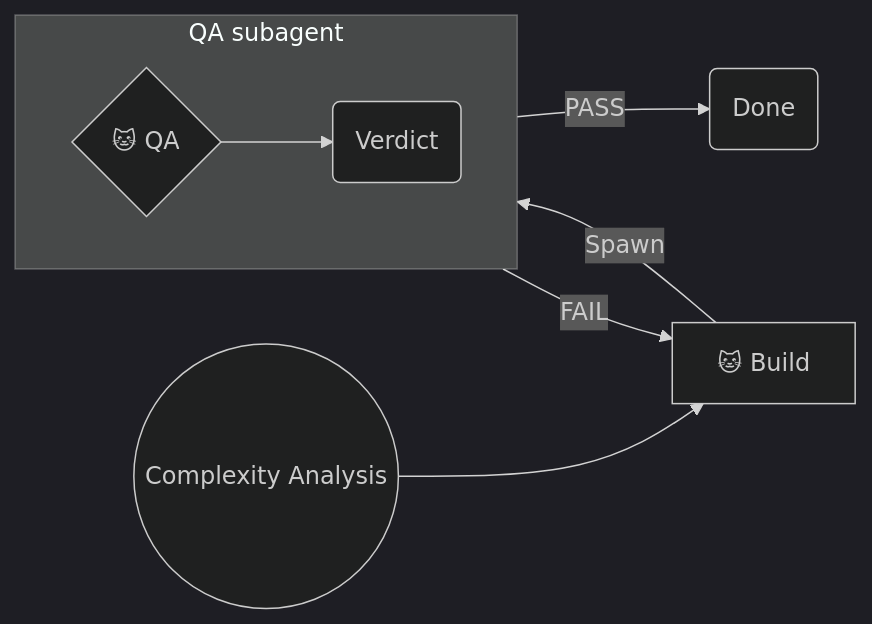
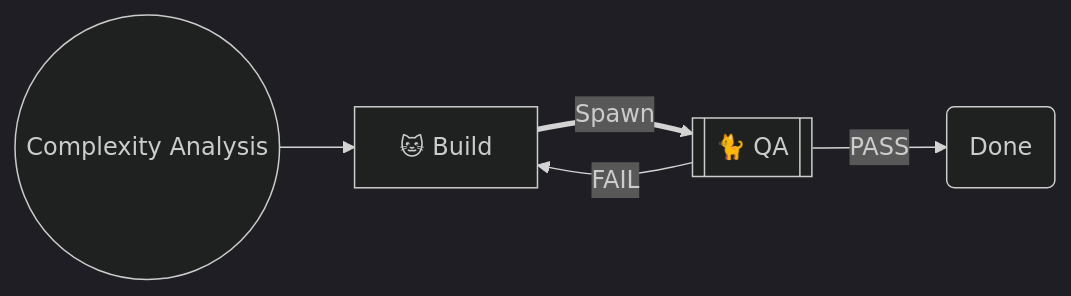
The diagram in .cursor/skills/shared/niko/references/level1/level1-workflow.md (Texarkanine/devblog), drawn with Mermaid (dark theme) before and after one commit. The commit also changed other lines of this file and 5 other files, not shown here.

````diff
--- a/.cursor/skills/shared/niko/references/level1/level1-workflow.md
+++ b/.cursor/skills/shared/niko/references/level1/level1-workflow.md
@@ -9,11 +9,7 @@
 ```mermaid
 graph LR
     Start(("Complexity Analysis")) --> NikoBuild["🐱 Build"]
-    NikoBuild --Spawn--> NikoQA
-    subgraph QASubagent["QA subagent"]
-        direction LR
-        NikoQA{"🐱 QA"} --> QAVerdict("Verdict")
-    end
-    QAVerdict -->|"PASS"| Done("Done")
-    QAVerdict -->|"FAIL"| NikoBuild
+    NikoBuild ==Spawn==> NikoQA[["🐈 QA"]]
+    NikoQA -->|"PASS"| Done("Done")
+    NikoQA -->|"FAIL"| NikoBuild
 ```
````
